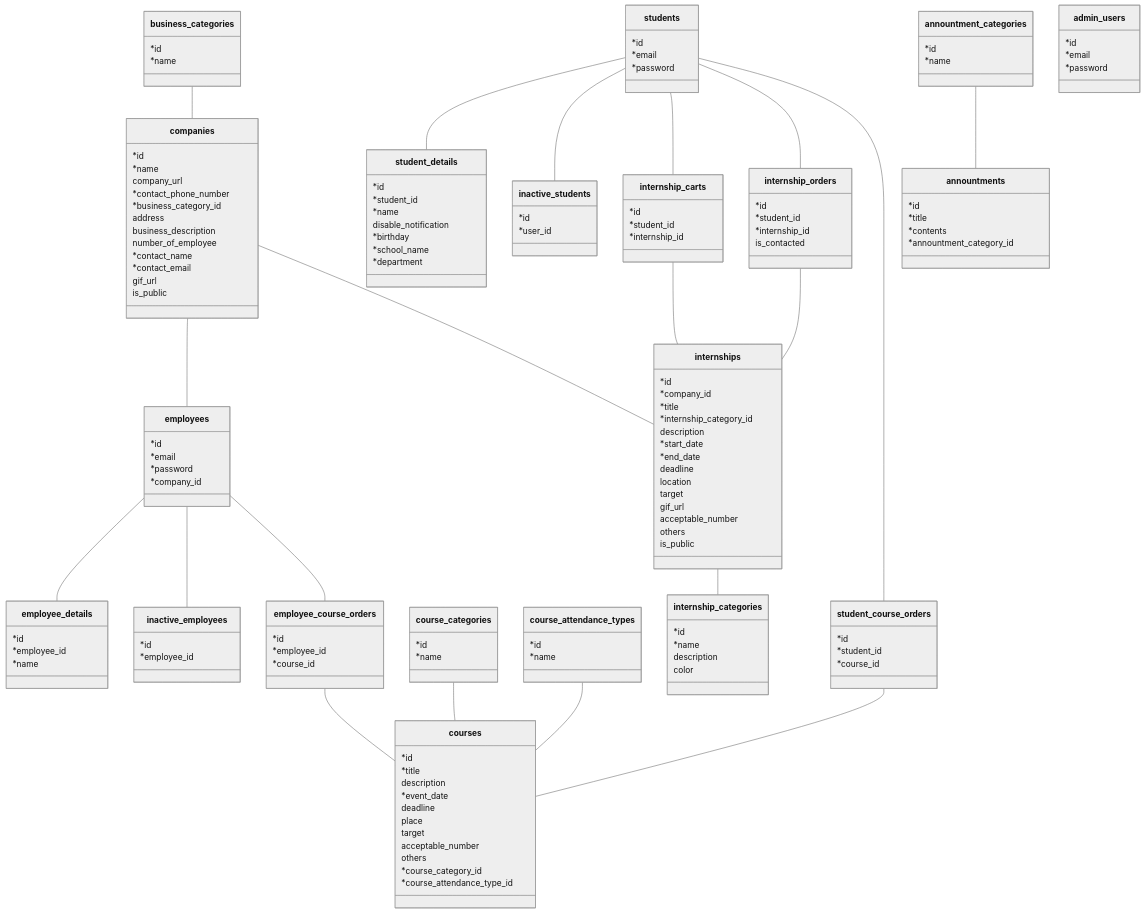
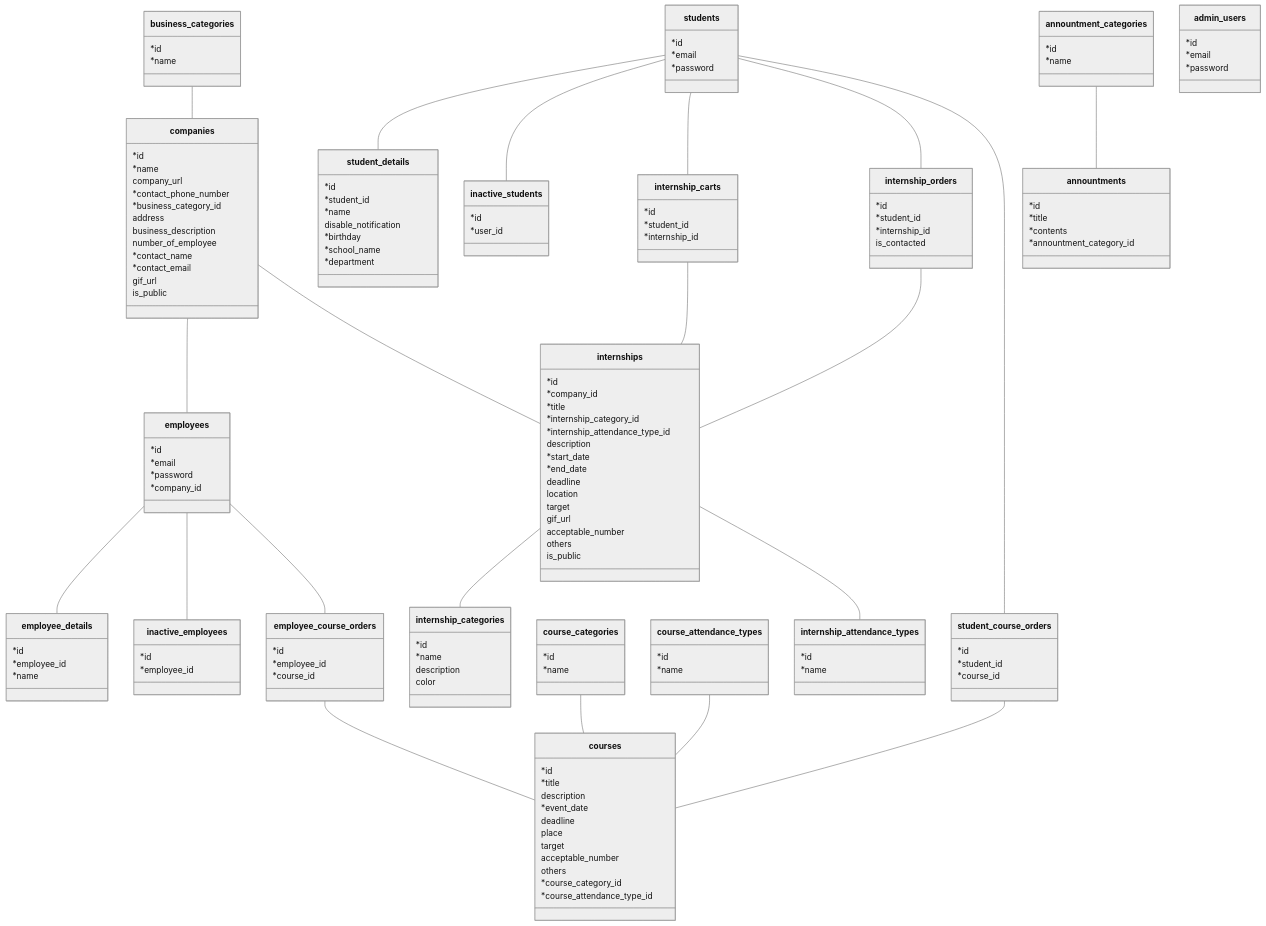
The diagram in docs/schema.md (youichiro/nagaoka-internship-site), drawn with Mermaid before and after one commit. The commit also changed 2 other files, not shown here.

Commit message:
create internship_attendance_types

```diff
--- a/docs/schema.md
+++ b/docs/schema.md
@@ -11,6 +11,7 @@
   companies -- employees
   companies -- internships
   internships -- internship_categories
+  internships -- internship_attendance_types
 
   students -- internship_carts
   students -- internship_orders
@@ -98,11 +99,17 @@
     color
   }
 
+  class internship_attendance_types {
+    *id
+    *name
+  }
+
   class internships {
     *id
     *company_id
     *title
     *internship_category_id
+    *internship_attendance_type_id
     description
     *start_date
     *end_date
```
